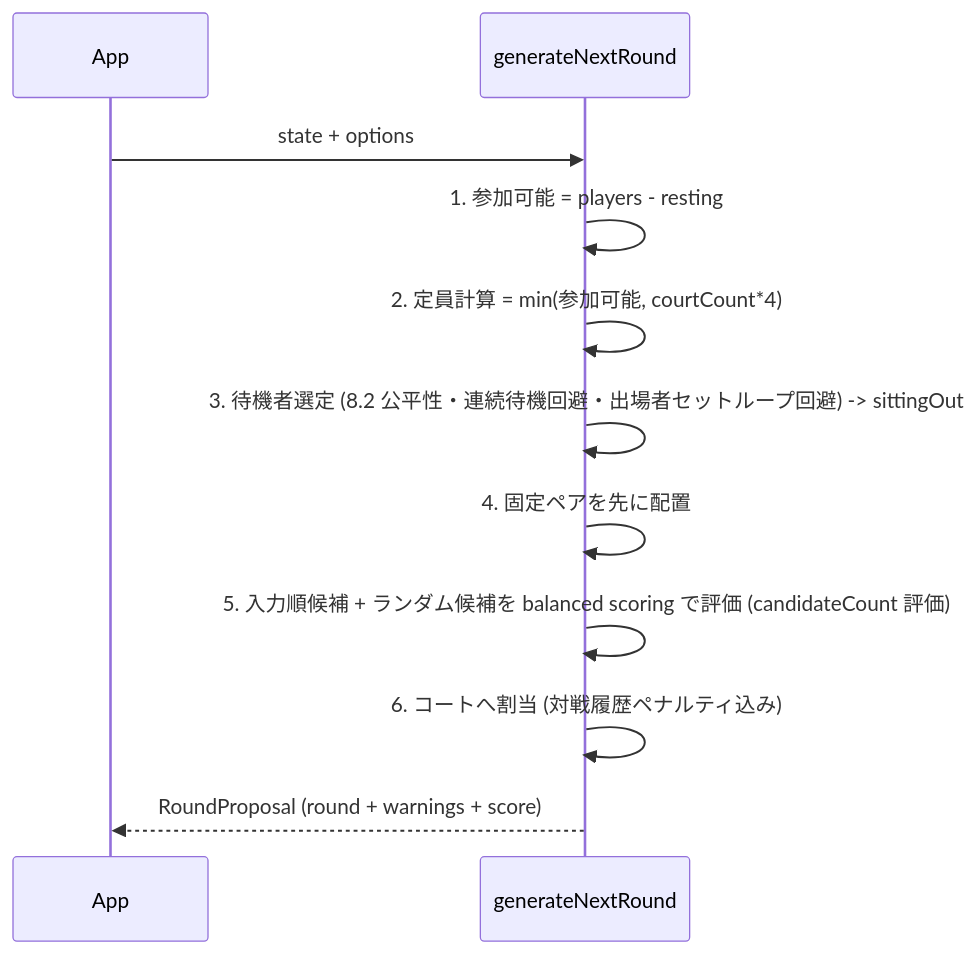
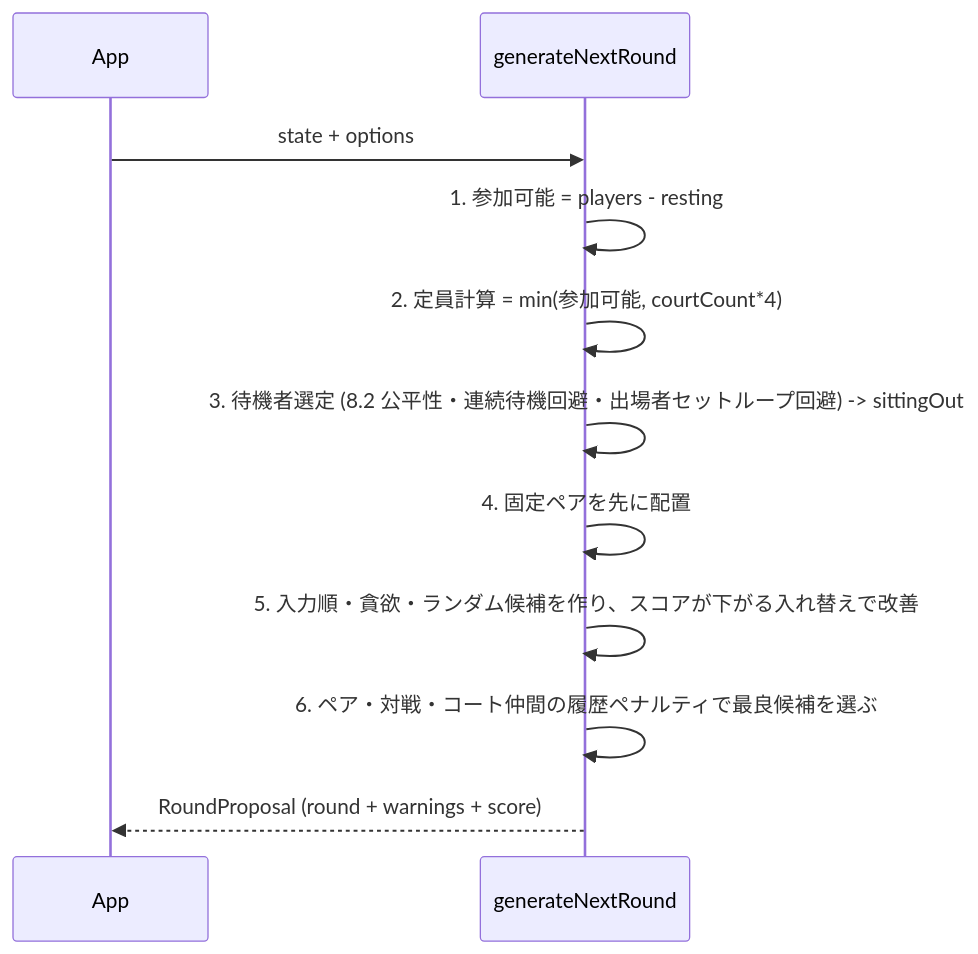
Before and after one commit to KM0912/doubles-scheduler: the second of 3 diagrams in docs/SPEC.md, drawn with Mermaid. The commit also changed other lines of this file and 10 other files, not shown here.

````diff
--- a/docs/SPEC.md
+++ b/docs/SPEC.md
@@ -465,13 +467,13 @@
 ```mermaid
 sequenceDiagram
   participant App as App
   participant Gen as generateNextRound
   App->>Gen: state + options
   Gen->>Gen: 1. 参加可能 = players - resting
   Gen->>Gen: 2. 定員計算 = min(参加可能, courtCount*4)
   Gen->>Gen: 3. 待機者選定 (8.2 公平性・連続待機回避・出場者セットループ回避) -> sittingOut
   Gen->>Gen: 4. 固定ペアを先に配置
-  Gen->>Gen: 5. 入力順候補 + ランダム候補を balanced scoring で評価 (candidateCount 評価)
-  Gen->>Gen: 6. コートへ割当 (対戦履歴ペナルティ込み)
+  Gen->>Gen: 5. 入力順・貪欲・ランダム候補を作り、スコアが下がる入れ替えで改善
+  Gen->>Gen: 6. ペア・対戦・コート仲間の履歴ペナルティで最良候補を選ぶ
   Gen-->>App: RoundProposal (round + warnings + score)
 ```
````
